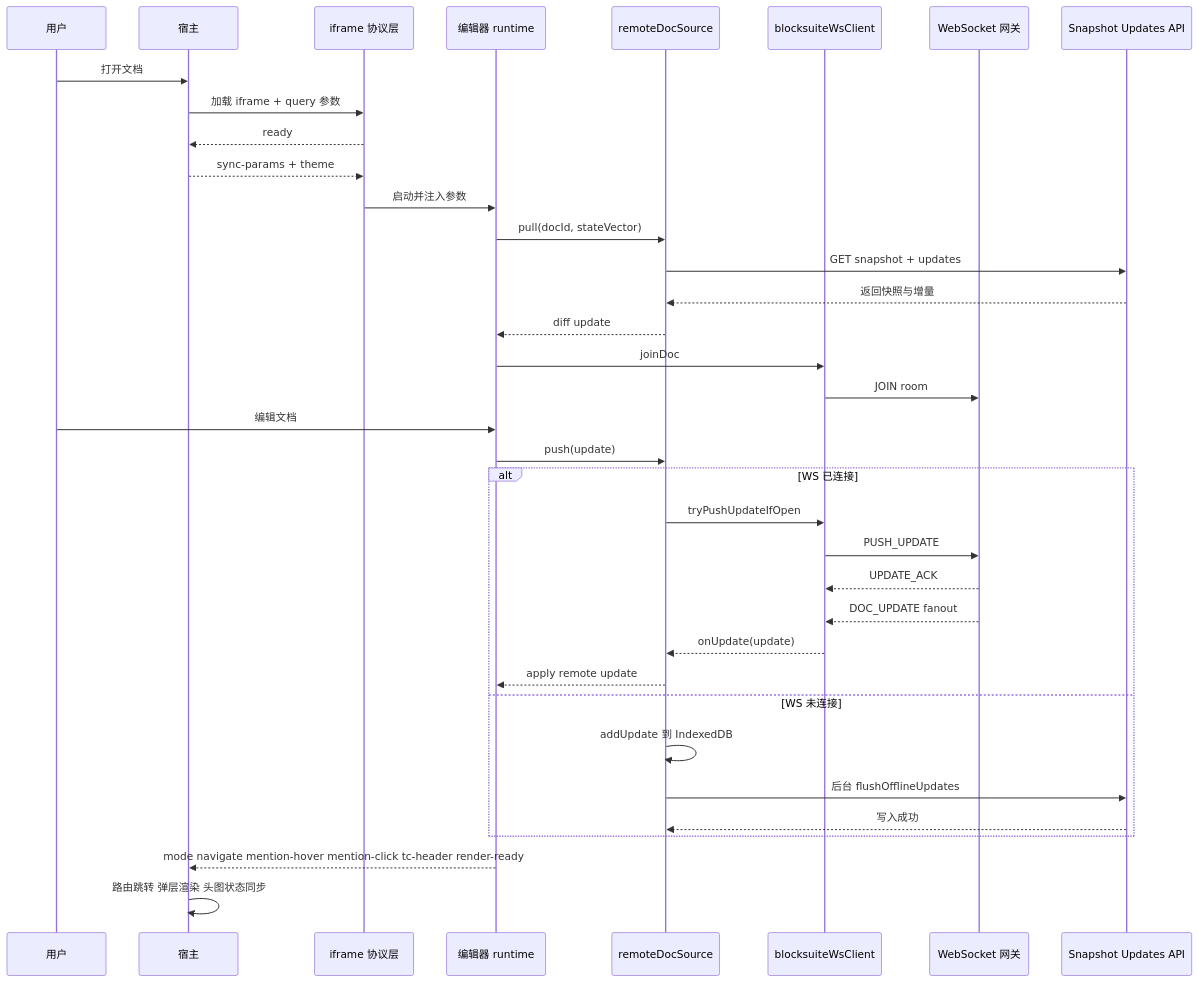
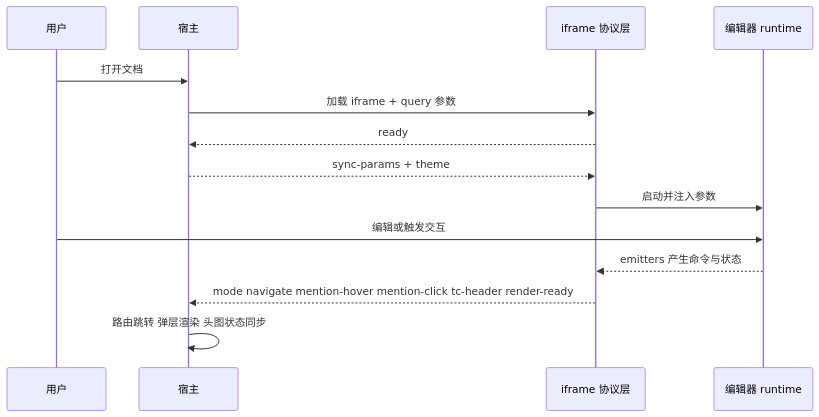
The second of 2 diagrams in app/components/chat/infra/blocksuite/doc/guide/04-iframe-host-bridge.md (starrybamboo/tuan-chat-web), drawn with Mermaid before and after one commit. The commit also changed other lines of this file, not shown here.

Commit message:
docs(blocksuite): limit bridge diagrams to host-iframe scope

````diff
--- a/app/components/chat/infra/blocksuite/doc/guide/04-iframe-host-bridge.md
+++ b/app/components/chat/infra/blocksuite/doc/guide/04-iframe-host-bridge.md
@@ -83,44 +59,19 @@
 ```mermaid
 sequenceDiagram
         participant User as 用户
         participant Host as 宿主
         participant Frame as iframe 协议层
         participant Runtime as 编辑器 runtime
-        participant Remote as remoteDocSource
-        participant WS as blocksuiteWsClient
-        participant WSG as WebSocket 网关
-        participant HTTP as Snapshot Updates API
 
         User->>Host: 打开文档
         Host->>Frame: 加载 iframe + query 参数
         Frame-->>Host: ready
         Host-->>Frame: sync-params + theme
         Frame->>Runtime: 启动并注入参数
 
-        Runtime->>Remote: pull(docId, stateVector)
-        Remote->>HTTP: GET snapshot + updates
-        HTTP-->>Remote: 返回快照与增量
-        Remote-->>Runtime: diff update
+        User->>Runtime: 编辑或触发交互
+        Runtime-->>Frame: emitters 产生命令与状态
+        Frame-->>Host: mode navigate mention-hover mention-click tc-header render-ready
 
-        Runtime->>WS: joinDoc
-        WS->>WSG: JOIN room
-
-        User->>Runtime: 编辑文档
-        Runtime->>Remote: push(update)
-
-        alt WS 已连接
-            Remote->>WS: tryPushUpdateIfOpen
-            WS->>WSG: PUSH_UPDATE
-            WSG-->>WS: UPDATE_ACK
-            WSG-->>WS: DOC_UPDATE fanout
-            WS-->>Remote: onUpdate(update)
-            Remote-->>Runtime: apply remote update
-        else WS 未连接
-            Remote->>Remote: addUpdate 到 IndexedDB
-            Remote->>HTTP: 后台 flushOfflineUpdates
-            HTTP-->>Remote: 写入成功
-        end
-
-        Runtime-->>Host: mode navigate mention-hover mention-click tc-header render-ready
         Host->>Host: 路由跳转 弹层渲染 头图状态同步
 ```
````
